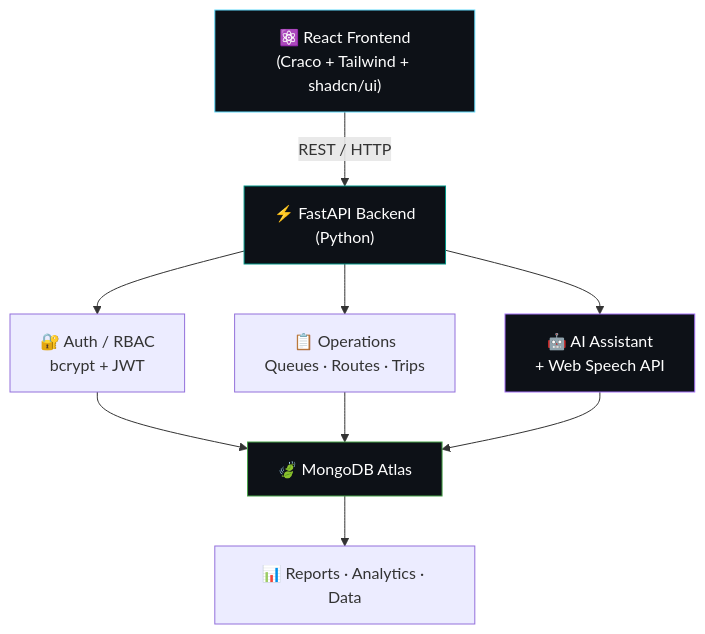
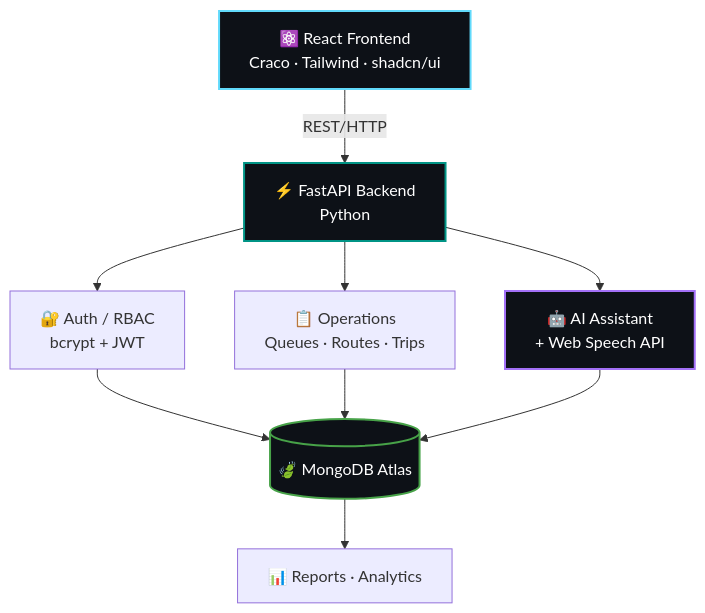
One commit to IamKholofeloPhala/IamKholofeloPhala changed the sixth of 11 diagrams in README.md. Above: the diagram before and after it, drawn with Mermaid. The commit also changed other lines of this file, not shown here.

````diff
--- a/README.md
+++ b/README.md
@@ -173,24 +182,20 @@
 ```mermaid
 flowchart TB
-    FE["⚛️ React Frontend<br/>(Craco + Tailwind + shadcn/ui)"]
-    API["⚡ FastAPI Backend<br/>(Python)"]
-    AUTH["🔐 Auth / RBAC<br/>bcrypt + JWT"]
-    OPS["📋 Operations<br/>Queues · Routes · Trips"]
-    AI["🤖 AI Assistant<br/>+ Web Speech API"]
-    DB["🍃 MongoDB Atlas"]
-    OUT["📊 Reports · Analytics · Data"]
-
-    FE -- "REST / HTTP" --> API
-    API --> AUTH
-    API --> OPS
-    API --> AI
-    AUTH --> DB
+    FE["⚛️ React Frontend<br/>Craco · Tailwind · shadcn/ui"] -- REST/HTTP --> API["⚡ FastAPI Backend<br/>Python"]
+    API --> AUTH["🔐 Auth / RBAC<br/>bcrypt + JWT"]
+    API --> OPS["📋 Operations<br/>Queues · Routes · Trips"]
+    API --> AI["🤖 AI Assistant<br/>+ Web Speech API"]
+    AUTH --> DB[("🍃 MongoDB Atlas")]
     OPS --> DB
     AI --> DB
-    DB --> OUT
+    DB --> OUT["📊 Reports · Analytics"]
 
-    style FE fill:#0d1117,stroke:#61DAFB,color:#fff
-    style API fill:#0d1117,stroke:#009485,color:#fff
-    style DB fill:#0d1117,stroke:#47A248,color:#fff
-    style AI fill:#0d1117,stroke:#A371F7,color:#fff
+    classDef fe fill:#0d1117,stroke:#61DAFB,color:#fff,stroke-width:2px
+    classDef api fill:#0d1117,stroke:#009485,color:#fff,stroke-width:2px
+    classDef db fill:#0d1117,stroke:#47A248,color:#fff,stroke-width:2px
+    classDef ai fill:#0d1117,stroke:#A371F7,color:#fff,stroke-width:2px
+    class FE fe
+    class API api
+    class DB db
+    class AI ai
 ```
````
